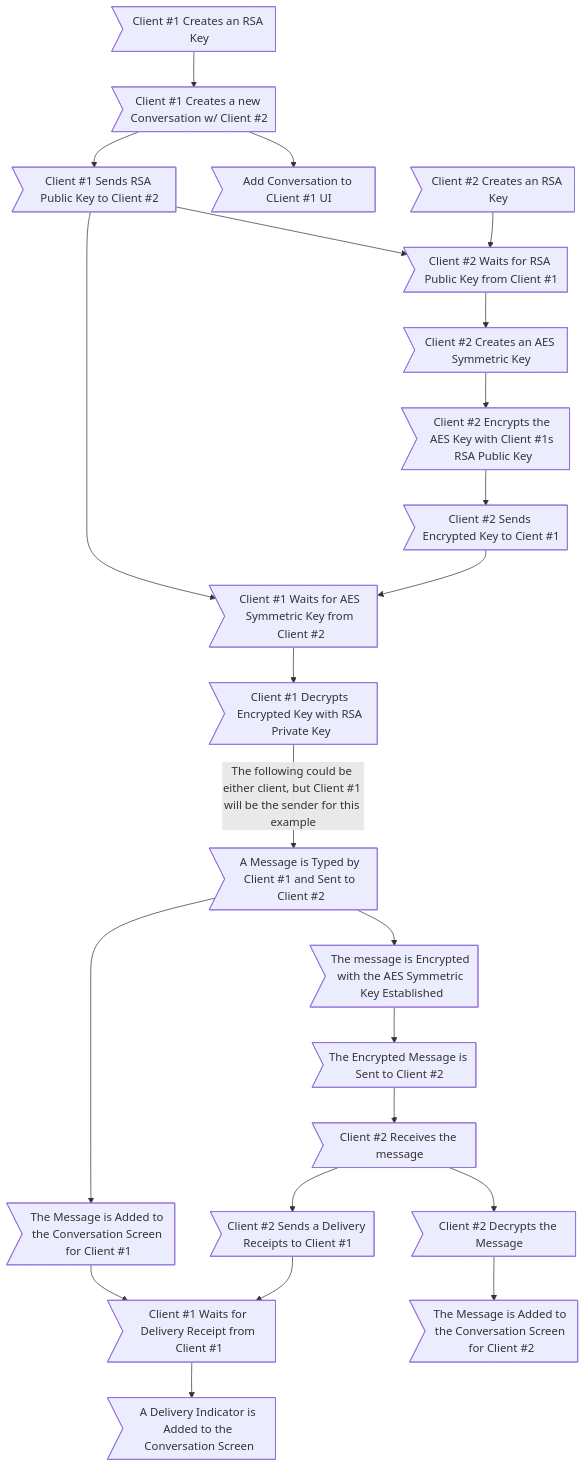
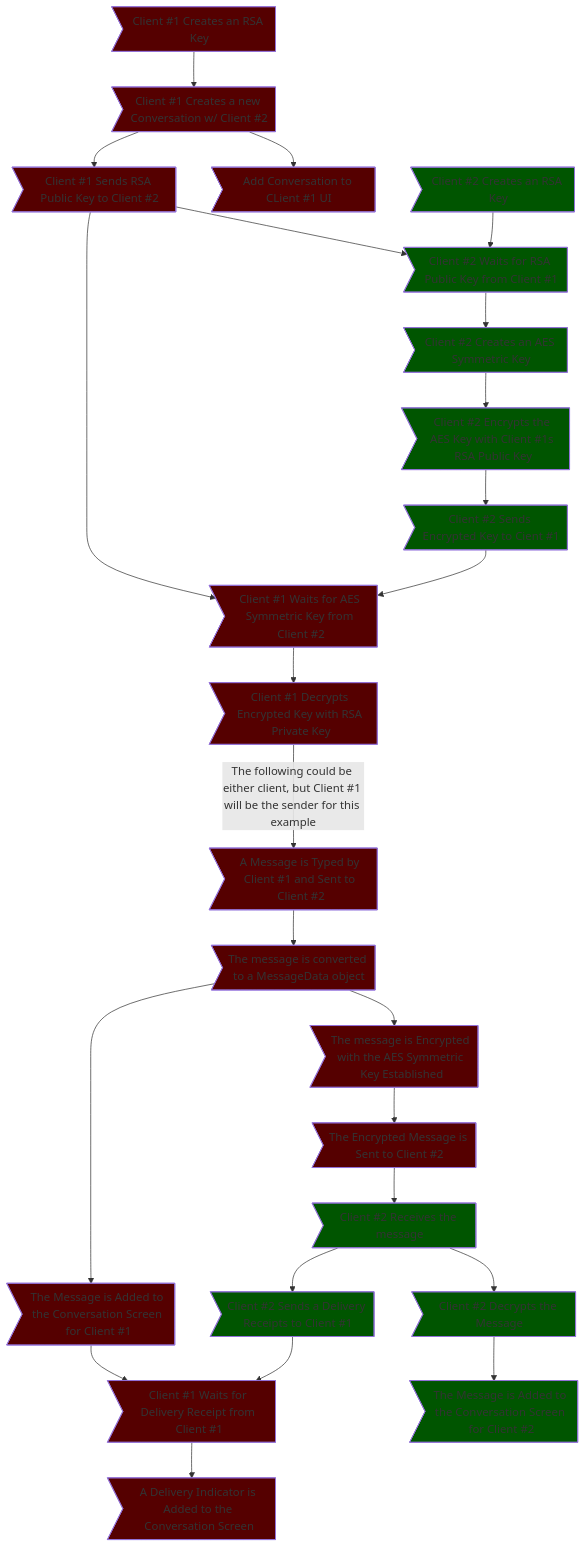
The diagram in README.md (xXCrash2BomberXx/TinyChat), drawn with Mermaid before and after one commit.

````diff
--- a/README.md
+++ b/README.md
@@ -72,25 +72,31 @@
 ```mermaid
 graph TB;
   A>Client #1 Creates an RSA Key] --> B>Client #1 Creates a new Conversation w/ Client #2];
   B --> D>Add Conversation to CLient #1 UI];
   B --> E>Client #1 Sends RSA Public Key to Client #2];
   F>Client #2 Creates an RSA Key] --> G>Client #2 Waits for RSA Public Key from Client #1];
   E --> G;
   G --> H>Client #2 Creates an AES Symmetric Key];
   H -->I>Client #2 Encrypts the AES Key with Client #1s RSA Public Key];
   I -->J>Client #2 Sends Encrypted Key to Cient #1];
   E --> K>Client #1 Waits for AES Symmetric Key from Client #2];
   J --> K;
   K --> L>Client #1 Decrypts Encrypted Key with RSA Private Key];
   L --> |The following could be either client, but Client #1 will be the sender for this example| M>A Message is Typed by Client #1 and Sent to Client #2];
-  M --> N>The message is Encrypted with the AES Symmetric Key Established];
+  M --> C>The message is converted to a MessageData object];
+  C --> N>The message is Encrypted with the AES Symmetric Key Established];
   N --> O>The Encrypted Message is Sent to Client #2];
-  M --> Q>The Message is Added to the Conversation Screen for Client #1];
+  C --> Q>The Message is Added to the Conversation Screen for Client #1];
   Q --> R>Client #1 Waits for Delivery Receipt from Client #1];
   R --> V>A Delivery Indicator is Added to the Conversation Screen];
   O --> P>Client #2 Receives the message];
   P --> S>Client #2 Decrypts the Message];
   S --> T>The Message is Added to the Conversation Screen for Client #2];
   P --> U>Client #2 Sends a Delivery Receipts to Client #1];
   U --> R;
+
+  classDef c1 fill:#500
+  classDef c2 fill:#050
+  class A,B,C,D,E,K,L,M,N,O,Q,R,V c1;
+  class F,G,H,I,J,P,S,T,U c2;
 ```
````
